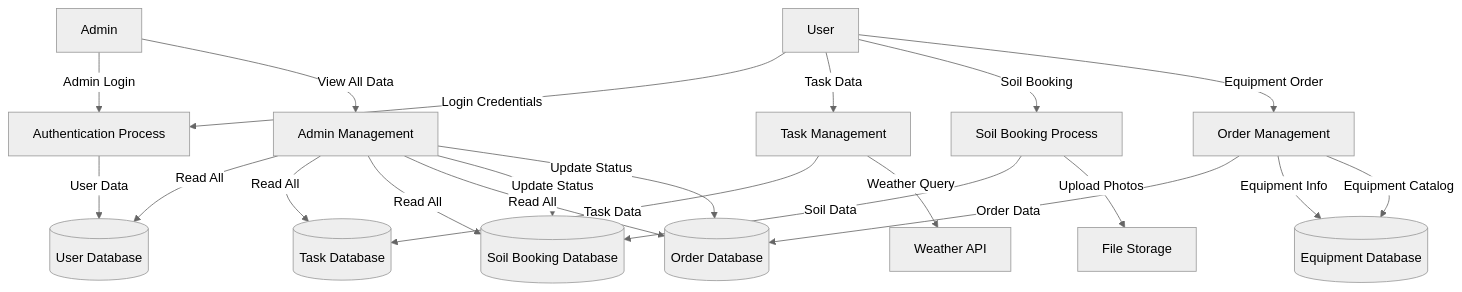
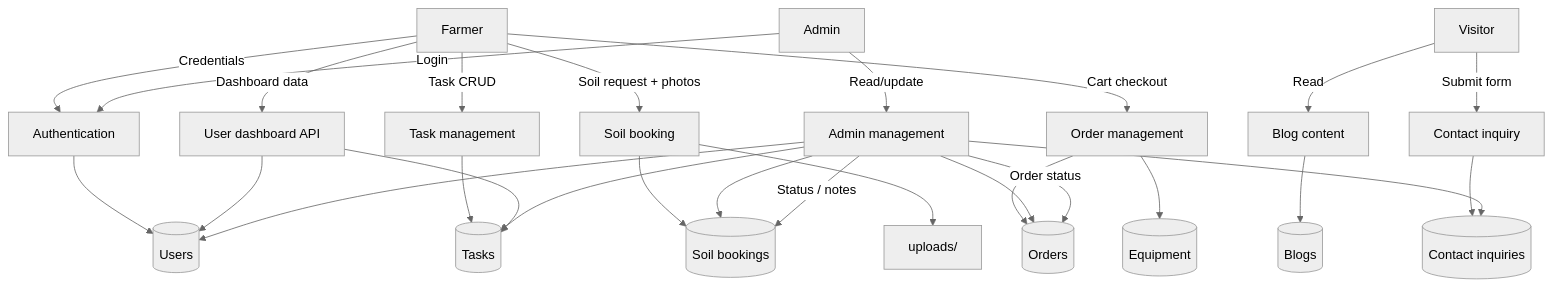
Before and after one commit to basantmahato/AgricultureManagementSystem: the second of 8 diagrams in docs/DFD.md, drawn with Mermaid (neutral theme). The commit also changed other lines of this file and 4 other files, not shown here.

````diff
--- a/docs/DFD.md
+++ b/docs/DFD.md
@@ -18,27 +22,34 @@
 ```mermaid
 graph TD
-    User[User] -->|Login Credentials| Auth[Authentication Process]
-    User -->|Task Data| TaskMgmt[Task Management]
-    User -->|Soil Booking| SoilMgmt[Soil Booking Process]
-    User -->|Equipment Order| OrderMgmt[Order Management]
-    
-    Admin -->|Admin Login| Auth
-    Admin -->|View All Data| AdminMgmt[Admin Management]
-    
-    Auth -->|User Data| UserDB[(User Database)]
-    TaskMgmt -->|Task Data| TaskDB[(Task Database)]
-    SoilMgmt -->|Soil Data| SoilDB[(Soil Booking Database)]
-    OrderMgmt -->|Order Data| OrderDB[(Order Database)]
-    OrderMgmt -->|Equipment Info| EquipmentDB[(Equipment Database)]
-    
-    AdminMgmt -->|Read All| UserDB
-    AdminMgmt -->|Read All| TaskDB
-    AdminMgmt -->|Read All| SoilDB
-    AdminMgmt -->|Read All| OrderDB
-    AdminMgmt -->|Update Status| SoilDB
-    AdminMgmt -->|Update Status| OrderDB
-    
-    TaskMgmt -->|Weather Query| WeatherAPI[Weather API]
-    SoilMgmt -->|Upload Photos| FileStorage[File Storage]
-    OrderMgmt -->|Equipment Catalog| EquipmentDB
+    Farmer -->|Credentials| Auth[Authentication]
+    Farmer -->|Task CRUD| TaskMgmt[Task management]
+    Farmer -->|Soil request + photos| SoilMgmt[Soil booking]
+    Farmer -->|Cart checkout| OrderMgmt[Order management]
+    Farmer -->|Dashboard data| UserDash[User dashboard API]
+
+    Visitor -->|Read| BlogRead[Blog content]
+    Visitor -->|Submit form| ContactInq[Contact inquiry]
+
+    Admin -->|Login| Auth
+    Admin -->|Read/update| AdminMgmt[Admin management]
+
+    Auth --> UserDB[(Users)]
+    TaskMgmt --> TaskDB[(Tasks)]
+    SoilMgmt --> SoilDB[(Soil bookings)]
+    SoilMgmt --> Files[uploads/]
+    OrderMgmt --> OrderDB[(Orders)]
+    OrderMgmt --> EquipDB[(Equipment)]
+    UserDash --> UserDB
+    UserDash --> TaskDB
+
+    BlogRead --> BlogDB[(Blogs)]
+    ContactInq --> LeadDB[(Contact inquiries)]
+
+    AdminMgmt --> UserDB
+    AdminMgmt --> TaskDB
+    AdminMgmt --> SoilDB
+    AdminMgmt --> OrderDB
+    AdminMgmt --> LeadDB
+    AdminMgmt -->|Status / notes| SoilDB
+    AdminMgmt -->|Order status| OrderDB
 ```
````
